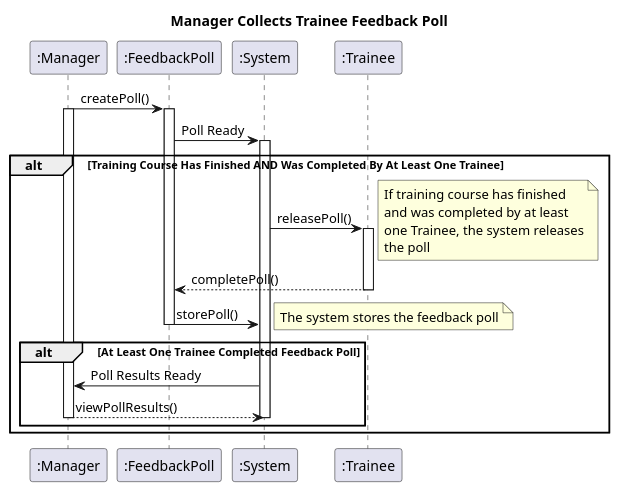
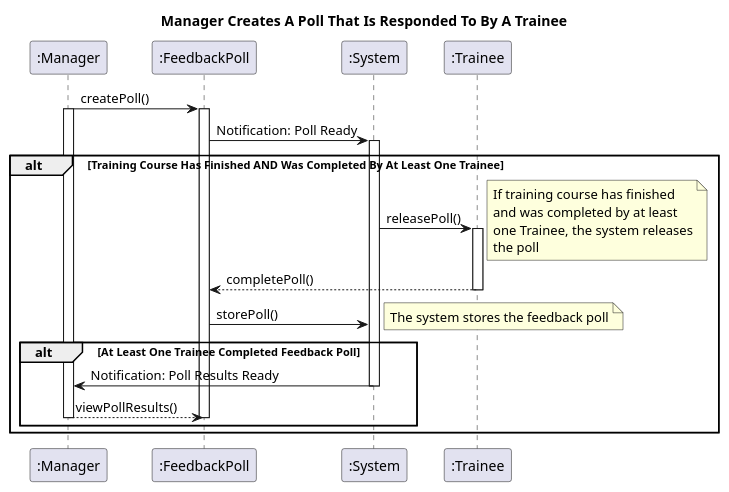
The diagram in managerFeedbackPoll.plantuml (lukegasbarro/SEF_Group67), drawn with PlantUML before and after one commit.

Commit message:
Update feedback poll

```diff
--- a/managerFeedbackPoll.plantuml
+++ b/managerFeedbackPoll.plantuml
@@ -1,32 +1,33 @@
 @startuml
-title "Manager Collects Trainee Feedback Poll"
+' title "Manager Collects Trainee Feedback Poll"
+title Manager Creates A Poll That Is Responded To By A Trainee
 participant ":Manager" as manager
 participant ":FeedbackPoll" as feedback
 participant ":System" as system
 participant ":Trainee" as trainee
 
 manager -> feedback : createPoll()
 activate manager
 activate feedback
-feedback -> system : Poll Ready
+feedback -> system : Notification: Poll Ready
 activate system
 
 alt Training Course Has Finished AND Was Completed By At Least One Trainee
     system -> trainee : releasePoll()  
     activate trainee
     note right: If training course has finished\nand was completed by at least\none Trainee, the system releases\nthe poll
     trainee --> feedback : completePoll()
     deactivate trainee
     feedback -> system : storePoll()            
-    deactivate feedback
     note right: The system stores the feedback poll
 
     alt At Least One Trainee Completed Feedback Poll
-        system -> manager : Poll Results Ready
-        manager --> system : viewPollResults()
+        system -> manager : Notification: Poll Results Ready
         deactivate system
+        manager --> feedback : viewPollResults()
+        deactivate feedback
         deactivate manager
     end
 end
 
 @enduml
```
